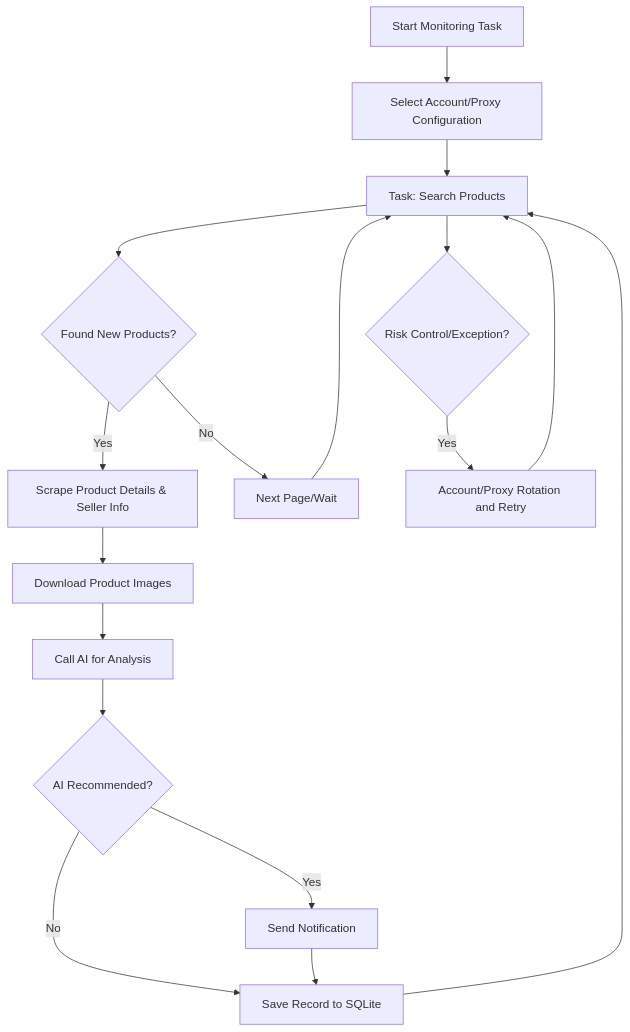
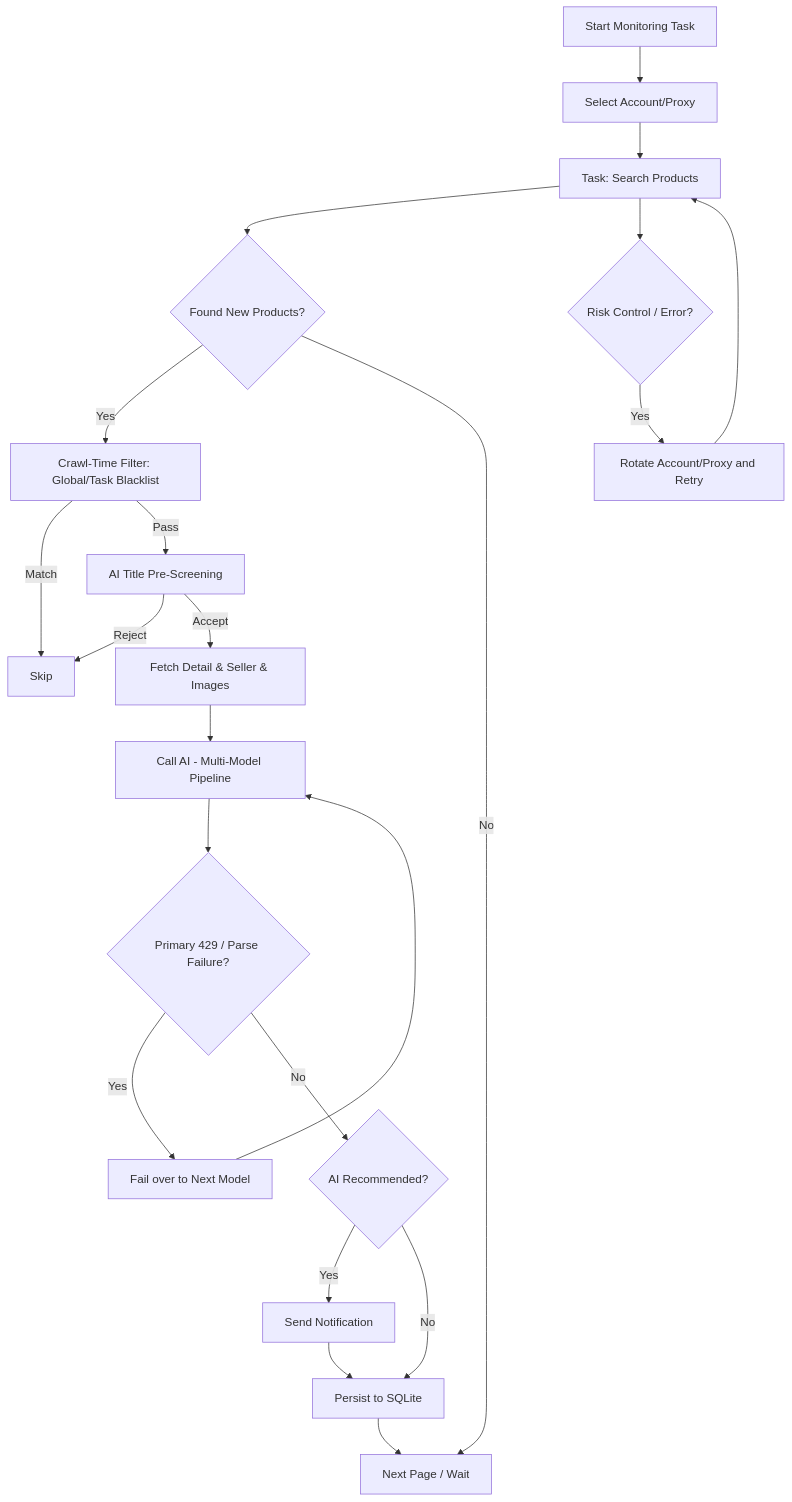
The diagram in README_EN.md (LinBlink/super-ai-goofish-monitor), drawn with Mermaid before and after one commit. The commit also changed other lines of this file and 14 other files, not shown here.

First line of the commit message:
docs(readme): 品牌独立+截图大改；UI清理品牌副标题与 PRO 角标

````diff
--- a/README_EN.md
+++ b/README_EN.md
@@ -268,19 +197,24 @@
 ```mermaid
 graph TD
-    A[Start Monitoring Task] --> B[Select Account/Proxy Configuration];
-    B --> C[Task: Search Products];
-    C --> D{Found New Products?};
-    D -- Yes --> E[Scrape Product Details & Seller Info];
-    E --> F[Download Product Images];
-    F --> G[Call AI for Analysis];
-    G --> H{AI Recommended?};
-    H -- Yes --> I[Send Notification];
-    H -- No --> J[Save Record to SQLite];
-    I --> J;
-    D -- No --> K[Next Page/Wait];
-    K --> C;
-    J --> C;
-    C --> L{Risk Control/Exception?};
-    L -- Yes --> M[Account/Proxy Rotation and Retry];
-    M --> C;
+    A[Start Monitoring Task] --> B[Select Account/Proxy]
+    B --> C[Task: Search Products]
+    C --> D{Found New Products?}
+    D -- Yes --> E[Crawl-Time Filter: Global/Task Blacklist]
+    E -- Match --> X[Skip]
+    E -- Pass --> F[AI Title Pre-Screening]
+    F -- Reject --> X
+    F -- Accept --> G[Fetch Detail & Seller & Images]
+    G --> H[Call AI - Multi-Model Pipeline]
+    H --> H1{Primary 429 / Parse Failure?}
+    H1 -- Yes --> H2[Fail over to Next Model]
+    H2 --> H
+    H1 -- No --> I{AI Recommended?}
+    I -- Yes --> J[Send Notification]
+    I -- No --> K[Persist to SQLite]
+    J --> K
+    D -- No --> L[Next Page / Wait]
+    K --> L
+    C --> M{Risk Control / Error?}
+    M -- Yes --> N[Rotate Account/Proxy and Retry]
+    N --> C
 ```
````
